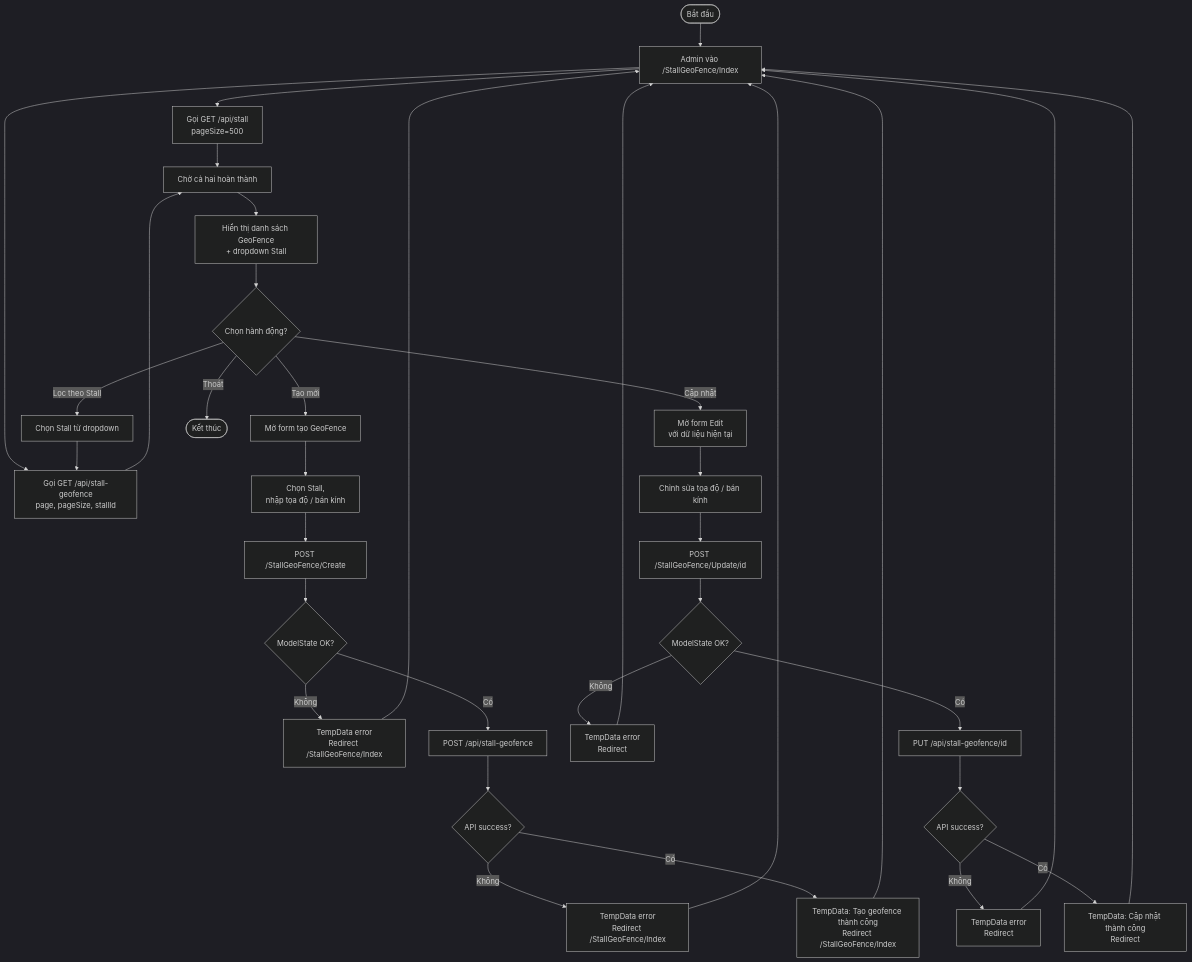
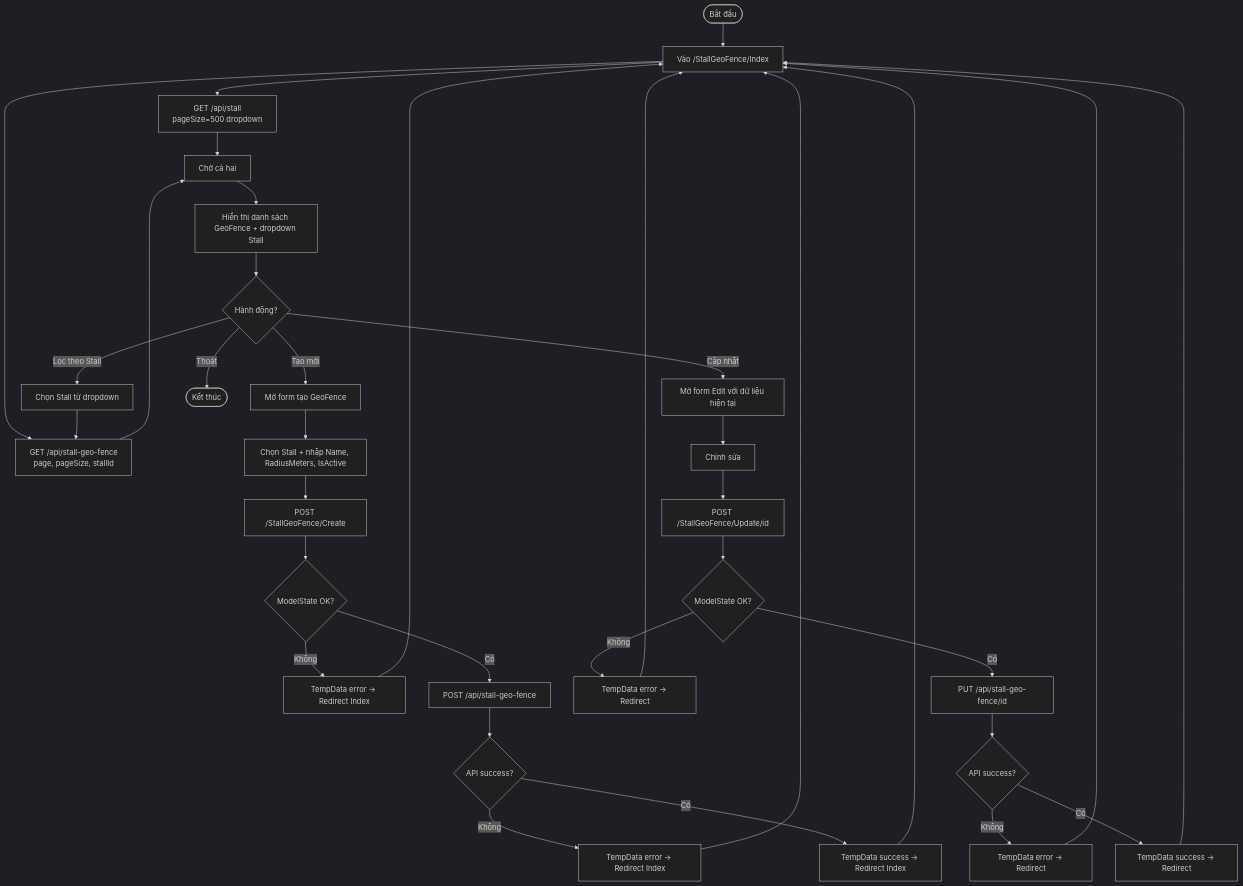
The eighth of 21 diagrams in Docs/Activity Diagrams – Web Admin.md (NguyenAlpha/LocateAndMultilingualNarration), drawn with Mermaid (dark theme) before and after one commit. The commit also changed other lines of this file and 1 other file, not shown here.

Commit message:
Update Mobile API Endpoints Summary with detailed descriptions and JSON response examples for each endpoint

````diff
--- a/Docs/Activity Diagrams – Web Admin.md
+++ b/Docs/Activity Diagrams – Web Admin.md
@@ -300,42 +339,42 @@
 ```mermaid
 flowchart TD
-    A([Bắt đầu]) --> B[Admin vào /StallGeoFence/Index]
-    B --> C1[Gọi GET /api/stall\npageSize=500]
-    B --> C2[Gọi GET /api/stall-geofence\npage, pageSize, stallId]
-    C1 --> D[Chờ cả hai hoàn thành]
+    A([Bắt đầu]) --> B[Vào /StallGeoFence/Index]
+    B --> C1[GET /api/stall\npageSize=500 dropdown]
+    B --> C2[GET /api/stall-geo-fence\npage, pageSize, stallId]
+    C1 --> D[Chờ cả hai]
     C2 --> D
-    D --> E[Hiển thị danh sách GeoFence\n+ dropdown Stall]
+    D --> E[Hiển thị danh sách GeoFence + dropdown Stall]
 
-    E --> F{Chọn hành động?}
+    E --> F{Hành động?}
 
     F -- Lọc theo Stall --> G[Chọn Stall từ dropdown]
     G --> C2
 
     F -- Tạo mới --> H[Mở form tạo GeoFence]
-    H --> I[Chọn Stall,\nnhập tọa độ / bán kính]
+    H --> I[Chọn Stall + nhập Name, RadiusMeters, IsActive]
     I --> J[POST /StallGeoFence/Create]
     J --> K{ModelState OK?}
-    K -- Không --> L[TempData error\nRedirect /StallGeoFence/Index]
+    K -- Không --> L[TempData error → Redirect Index]
     L --> B
-    K -- Có --> M[POST /api/stall-geofence]
+    K -- Có --> M[POST /api/stall-geo-fence]
     M --> N{API success?}
-    N -- Không --> O[TempData error\nRedirect /StallGeoFence/Index]
+    N -- Không --> O[TempData error → Redirect Index]
     O --> B
-    N -- Có --> P[TempData: Tạo geofence thành công\nRedirect /StallGeoFence/Index]
+    N -- Có --> P[TempData success → Redirect Index]
     P --> B
 
-    F -- Cập nhật --> Q[Mở form Edit\nvới dữ liệu hiện tại]
-    Q --> R[Chỉnh sửa tọa độ / bán kính]
+    F -- Cập nhật --> Q[Mở form Edit với dữ liệu hiện tại]
+    Q --> R[Chỉnh sửa]
     R --> S[POST /StallGeoFence/Update/id]
     S --> T{ModelState OK?}
-    T -- Không --> U[TempData error\nRedirect]
+    T -- Không --> U[TempData error → Redirect]
     U --> B
-    T -- Có --> V[PUT /api/stall-geofence/id]
+    T -- Có --> V[PUT /api/stall-geo-fence/id]
     V --> W{API success?}
-    W -- Không --> X[TempData error\nRedirect]
+    W -- Không --> X[TempData error → Redirect]
     X --> B
-    W -- Có --> Y[TempData: Cập nhật thành công\nRedirect]
+    W -- Có --> Y[TempData success → Redirect]
     Y --> B
 
     F -- Thoát --> Z([Kết thúc])
 ```
````
